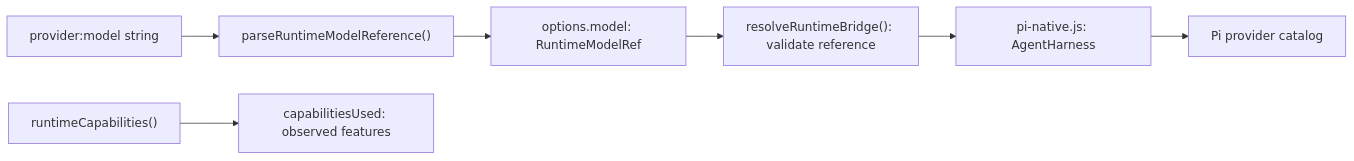
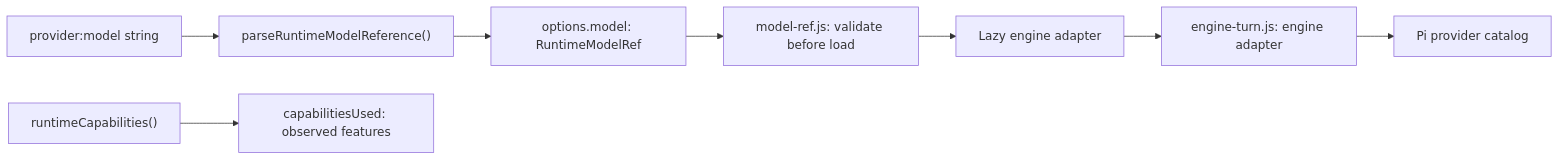
One commit to robertsreberski/mono-agent changed the second of 5 diagrams in packages/agent-runtime/ARCHITECTURE.md. Above: the diagram before and after it, drawn with Mermaid. The commit also changed other lines of this file and 104 other files, not shown here.

First line of the commit message:
refactor(runtime): name the engine turn adapter and dispatch it directly (#1270)

````diff
--- a/packages/agent-runtime/ARCHITECTURE.md
+++ b/packages/agent-runtime/ARCHITECTURE.md
@@ -75,9 +75,10 @@
 ```mermaid
 flowchart LR
   AuthoredRef["provider:model string"] --> Parse["parseRuntimeModelReference()"]
   Parse --> ModelRef["options.model: RuntimeModelRef"]
-  ModelRef --> Resolve["resolveRuntimeBridge(): validate reference"]
-  Resolve --> Pi["pi-native.js: AgentHarness"]
+  ModelRef --> Validate["model-ref.js: validate before load"]
+  Validate --> Resolve["Lazy engine adapter"]
+  Resolve --> Pi["engine-turn.js: engine adapter"]
   Pi --> Provider["Pi provider catalog"]
   Caps["runtimeCapabilities()"] --> Used["capabilitiesUsed: observed features"]
 ```
````
